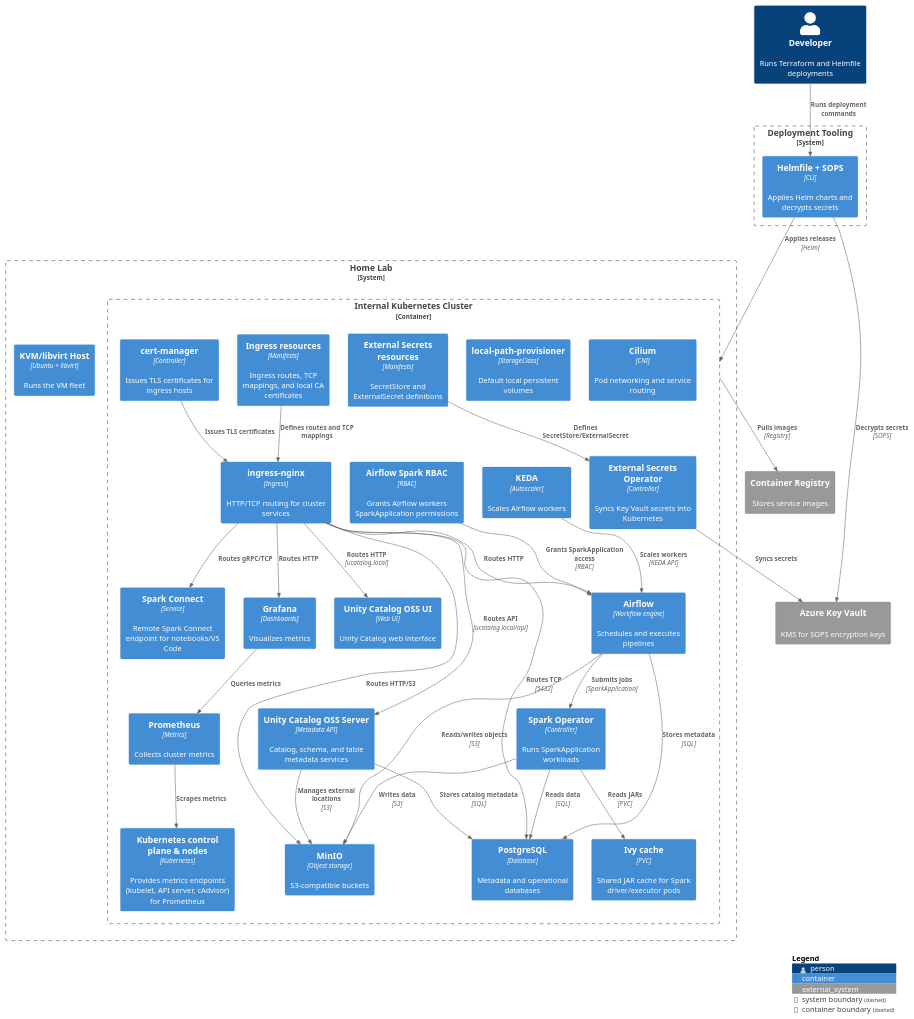
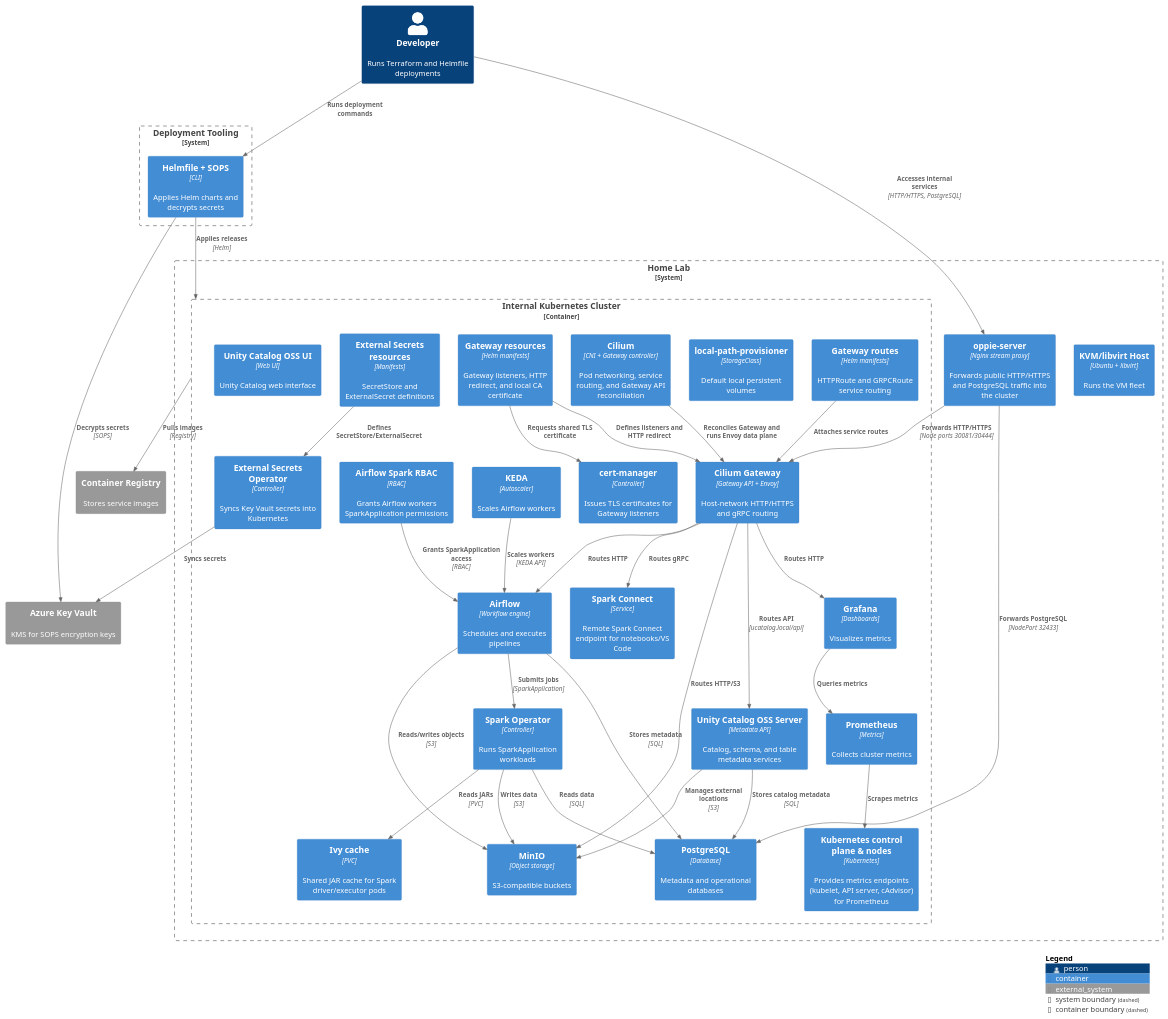
The diagram in docs/diagrams/Internal-Cluster-Containers.puml (AntonMiniazev/bohr_project), drawn with PlantUML before and after one commit. The commit also changed 114 other files, not shown here.

```diff
--- a/docs/diagrams/Internal-Cluster-Containers.puml
+++ b/docs/diagrams/Internal-Cluster-Containers.puml
@@ -1,71 +1,76 @@
 @startuml Internal-Cluster-Containers
 !includeurl https://raw.githubusercontent.com/plantuml-stdlib/C4-PlantUML/master/C4_Container.puml
 LAYOUT_WITH_LEGEND()
 HIDE_STEREOTYPE()
 
 Person(dev, "Developer", "Runs Terraform and Helmfile deployments")
 
 System_Ext(keyvault, "Azure Key Vault", "KMS for SOPS encryption keys")
 System_Ext(registry, "Container Registry", "Stores service images")
 
 System_Boundary(tooling, "Deployment Tooling") {
     Container(helmfile, "Helmfile + SOPS", "CLI", "Applies Helm charts and decrypts secrets")
 }
 
 System_Boundary(home, "Home Lab") {
     Container(kvmhost, "KVM/libvirt Host", "Ubuntu + libvirt", "Runs the VM fleet")
+    Container(oppie, "oppie-server", "Nginx stream proxy", "Forwards public HTTP/HTTPS and PostgreSQL traffic into the cluster")
 
     Container_Boundary(cluster, "Internal Kubernetes Cluster") {
-        Container(cilium, "Cilium", "CNI", "Pod networking and service routing")
+        Container(cilium, "Cilium", "CNI + Gateway controller", "Pod networking, service routing, and Gateway API reconciliation")
         Container(localpath, "local-path-provisioner", "StorageClass", "Default local persistent volumes")
-        Container(certmanager, "cert-manager", "Controller", "Issues TLS certificates for ingress hosts")
-        Container(ingress, "ingress-nginx", "Ingress", "HTTP/TCP routing for cluster services")
-        Container(ingressResources, "Ingress resources", "Manifests", "Ingress routes, TCP mappings, and local CA certificates")
+        Container(certmanager, "cert-manager", "Controller", "Issues TLS certificates for Gateway listeners")
+        Container(gateway, "Cilium Gateway", "Gateway API + Envoy", "Host-network HTTP/HTTPS and gRPC routing")
+        Container(gatewayResources, "Gateway resources", "Helm manifests", "Gateway listeners, HTTP redirect, and local CA certificate")
+        Container(gatewayRoutes, "Gateway routes", "Helm manifests", "HTTPRoute and GRPCRoute service routing")
         Container(externalSecrets, "External Secrets Operator", "Controller", "Syncs Key Vault secrets into Kubernetes")
         Container(externalSecretsResources, "External Secrets resources", "Manifests", "SecretStore and ExternalSecret definitions")
         Container(postgres, "PostgreSQL", "Database", "Metadata and operational databases")
         Container(minio, "MinIO", "Object storage", "S3-compatible buckets")
         Container(airflow, "Airflow", "Workflow engine", "Schedules and executes pipelines")
         Container(spark, "Spark Operator", "Controller", "Runs SparkApplication workloads")
         Container(sparkconnect, "Spark Connect", "Service", "Remote Spark Connect endpoint for notebooks/VS Code")
         Container(airflowSparkRbac, "Airflow Spark RBAC", "RBAC", "Grants Airflow workers SparkApplication permissions")
         Container(ivyCache, "Ivy cache", "PVC", "Shared JAR cache for Spark driver/executor pods")
         Container(unityCatalogServer, "Unity Catalog OSS Server", "Metadata API", "Catalog, schema, and table metadata services")
         Container(unityCatalogUi, "Unity Catalog OSS UI", "Web UI", "Unity Catalog web interface")
         Container(kubecontrol, "Kubernetes control plane & nodes", "Kubernetes", "Provides metrics endpoints (kubelet, API server, cAdvisor) for Prometheus")
         Container(prometheus, "Prometheus", "Metrics", "Collects cluster metrics")
         Container(grafana, "Grafana", "Dashboards", "Visualizes metrics")
         Container(keda, "KEDA", "Autoscaler", "Scales Airflow workers")
     }
 }
 
 Rel(dev, helmfile, "Runs deployment commands")
 Rel(helmfile, cluster, "Applies releases", "Helm")
 Rel(helmfile, keyvault, "Decrypts secrets", "SOPS")
 Rel(externalSecrets, keyvault, "Syncs secrets")
 Rel(externalSecretsResources, externalSecrets, "Defines SecretStore/ExternalSecret")
-Rel(certmanager, ingress, "Issues TLS certificates")
-Rel(ingressResources, ingress, "Defines routes and TCP mappings")
-Rel(ingress, airflow, "Routes HTTP")
-Rel(ingress, minio, "Routes HTTP/S3")
-Rel(ingress, sparkconnect, "Routes gRPC/TCP")
-Rel(ingress, unityCatalogUi, "Routes HTTP", "ucatalog.local")
-Rel(ingress, unityCatalogServer, "Routes API", "ucatalog.local/api")
-Rel(ingress, postgres, "Routes TCP", "5432")
-Rel(ingress, grafana, "Routes HTTP")
+Rel(dev, oppie, "Accesses internal services", "HTTP/HTTPS, PostgreSQL")
+Rel(oppie, gateway, "Forwards HTTP/HTTPS", "Node ports 30081/30444")
+Rel(oppie, postgres, "Forwards PostgreSQL", "NodePort 32433")
+Rel(gatewayResources, certmanager, "Requests shared TLS certificate")
+Rel(gatewayResources, gateway, "Defines listeners and HTTP redirect")
+Rel(gatewayRoutes, gateway, "Attaches service routes")
+Rel(cilium, gateway, "Reconciles Gateway and runs Envoy data plane")
+Rel(gateway, airflow, "Routes HTTP")
+Rel(gateway, minio, "Routes HTTP/S3")
+Rel(gateway, sparkconnect, "Routes gRPC")
+Rel(gateway, unityCatalogServer, "Routes API", "ucatalog.local/api")
+Rel(gateway, grafana, "Routes HTTP")
 Rel(cluster, registry, "Pulls images", "Registry")
 Rel(airflow, postgres, "Stores metadata", "SQL")
 Rel(airflow, minio, "Reads/writes objects", "S3")
 Rel(airflow, spark, "Submits jobs", "SparkApplication")
 Rel(airflowSparkRbac, airflow, "Grants SparkApplication access", "RBAC")
 Rel(spark, postgres, "Reads data", "SQL")
 Rel(spark, minio, "Writes data", "S3")
 Rel(spark, ivyCache, "Reads JARs", "PVC")
 Rel(unityCatalogServer, postgres, "Stores catalog metadata", "SQL")
 Rel(unityCatalogServer, minio, "Manages external locations", "S3")
 Rel(prometheus, kubecontrol, "Scrapes metrics")
 Rel(grafana, prometheus, "Queries metrics")
 Rel(keda, airflow, "Scales workers", "KEDA API")
 
 SHOW_LEGEND()
 @enduml
```
